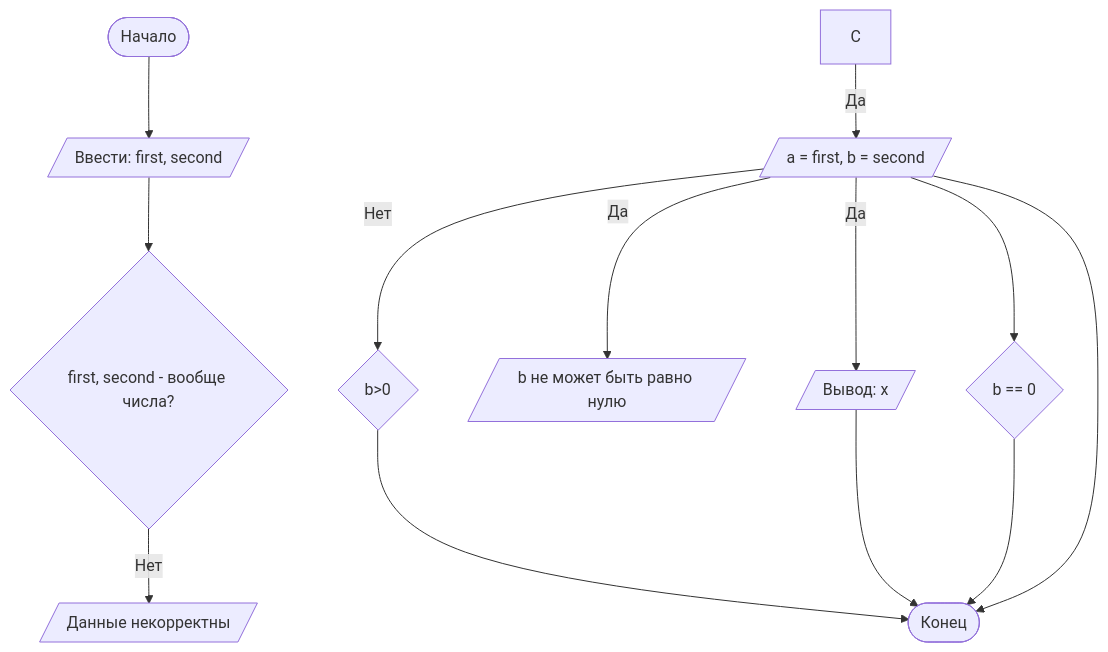
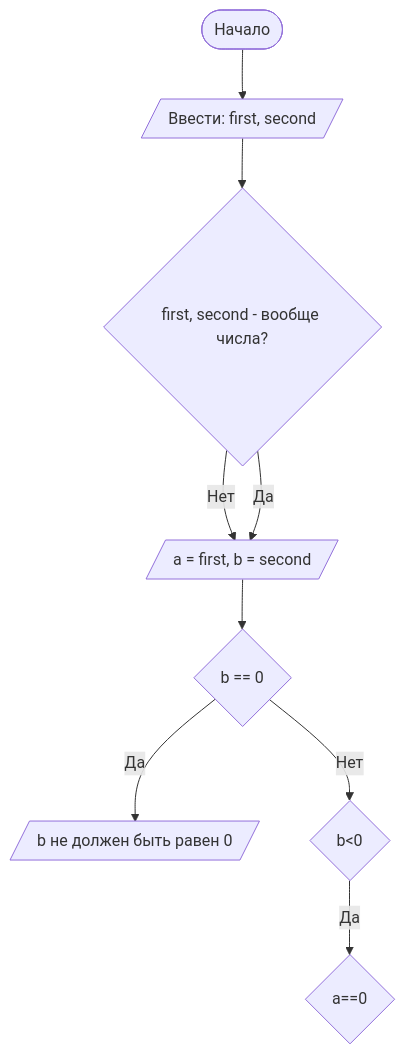
The diagram in README.md (EDINDANDIL/Lab1), drawn with Mermaid before and after one commit.

````diff
--- a/README.md
+++ b/README.md
@@ -112,16 +112,18 @@
 ```mermaid
 graph TD
     A([Начало]) --> B[/Ввести: first, second/]
     B --> C{first, second - вообще числа?}
     C -- Нет --> D[/Данные некорректны/]
-    С -- Да --> E[/a = first, b = second/]
-    E --> H{b == 0}
-    E -- Да --> I[/b не может быть равно нулю/]
-    E -- Нет --> J{b>0}
-    E -- Да --> K[/Вывод: x/]
-    J --> Z
-    K --> Z
-    H --> Z
-    E --> Z([Конец])
+    C -- Да --> D[/a = first, b = second/]
+    D --> F{b == 0}
+    F -- Да --> O[/b не должен быть равен 0/]
+    F -- Нет --> M{b<0}
+    M -- Да --> N{a==0}
+    
+
+    
+
+  
+   
 
 ```
````
